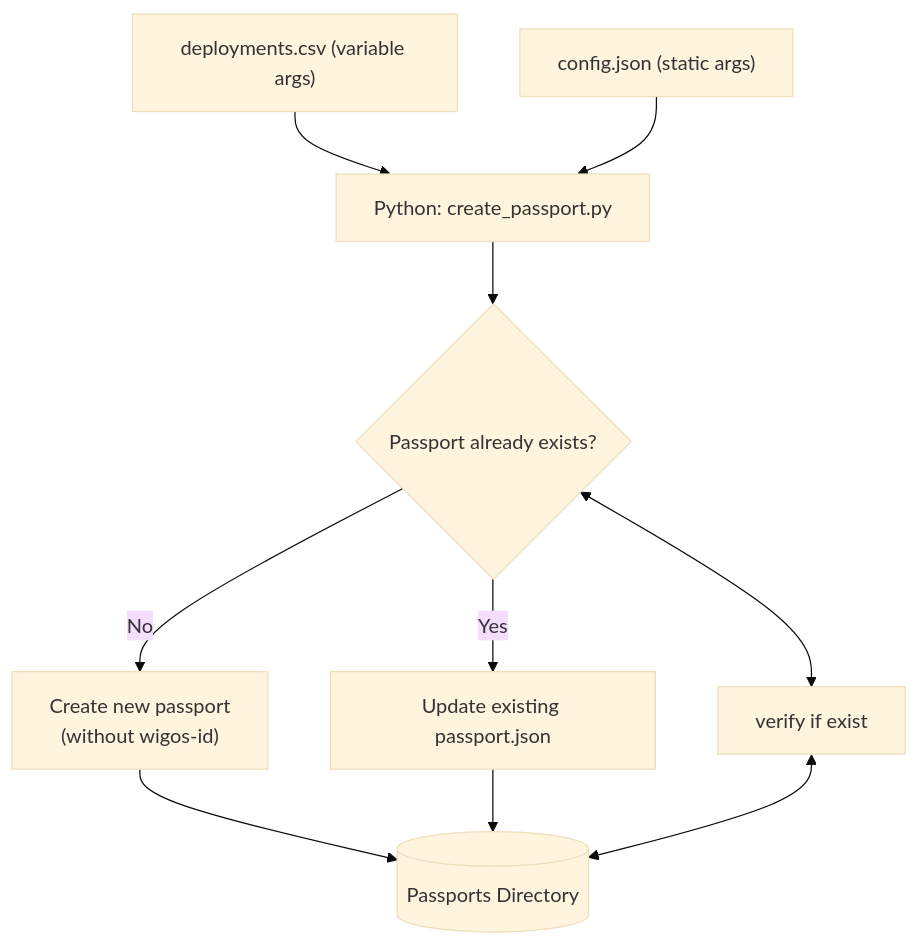
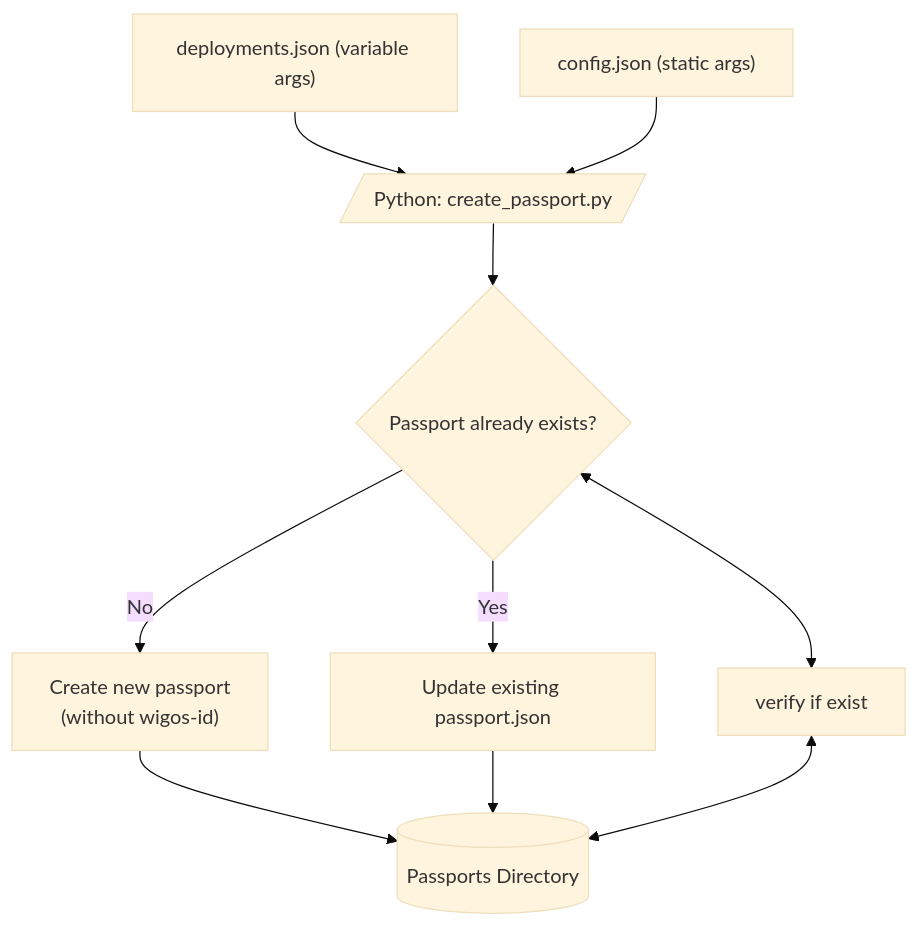
Before and after one commit to willem0boone/metadata_networks: the second of 4 diagrams in 1.ARMS/docs/readme.md, drawn with Mermaid (base theme). The commit also changed other lines of this file and 23 other files, not shown here.

````diff
--- a/1.ARMS/docs/readme.md
+++ b/1.ARMS/docs/readme.md
@@ -55,33 +50,30 @@
 ```mermaid
 flowchart TB
 
-E["deployments.csv (variable args)"]
+E["deployments.json (variable args)"]
 
-%% -------------------------
-%% Section 2: create passports
-%% -------------------------
+
 F["config.json (static args)"]
 
-
-G[Python: create_passport.py]
+G[/Python: create_passport.py/]
 
 E --> G
 F --> G
 
 H{Passport already exists?}
 
 G --> H
 
 
 H -- No -->  K["Create new passport
  (without wigos-id)"]
 
 H -- Yes --> I[Update existing passport.json]
 
 L[(Passports Directory)]
 
 K --> L
 I --> L
 H <--> M[verify if exist]
 M <--> L
 ```
````
